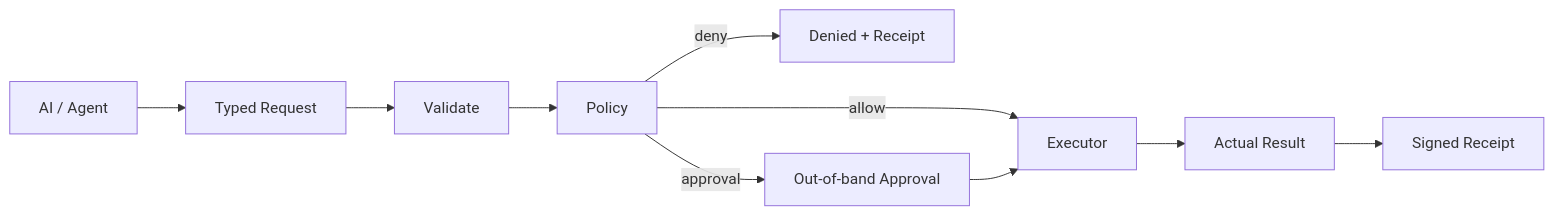
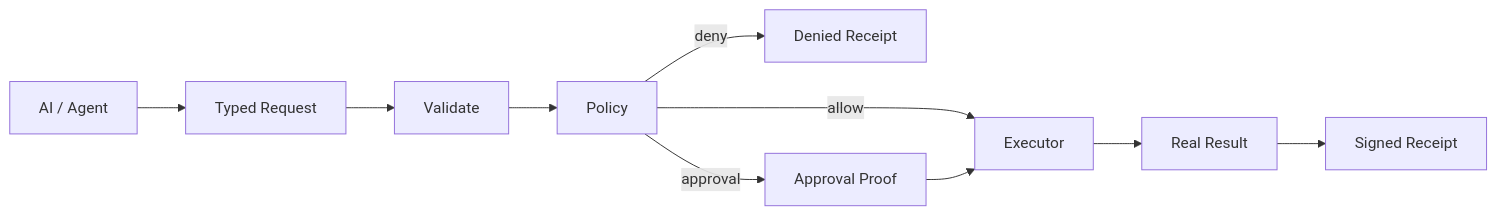
The second of 4 diagrams in README.md (kautukade/JUBI), drawn with Mermaid before and after one commit. The commit also changed other lines of this file and 38 other files, not shown here.

````diff
--- a/README.md
+++ b/README.md
@@ -516,12 +317,12 @@
 ```mermaid
 flowchart LR
-    MODEL[AI / Agent] --> REQ[Typed Request]
-    REQ --> VALIDATE[Validate]
+    MODEL[AI / Agent] --> REQUEST[Typed Request]
+    REQUEST --> VALIDATE[Validate]
     VALIDATE --> POLICY[Policy]
-    POLICY -->|deny| DENIED[Denied + Receipt]
-    POLICY -->|approval| APPROVAL[Out-of-band Approval]
+    POLICY -->|deny| DENIED[Denied Receipt]
+    POLICY -->|approval| APPROVAL[Approval Proof]
     POLICY -->|allow| EXEC[Executor]
     APPROVAL --> EXEC
-    EXEC --> RESULT[Actual Result]
+    EXEC --> RESULT[Real Result]
     RESULT --> RECEIPT[Signed Receipt]
 ```
````
